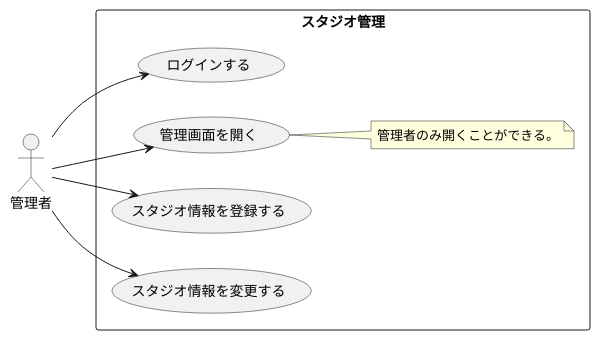
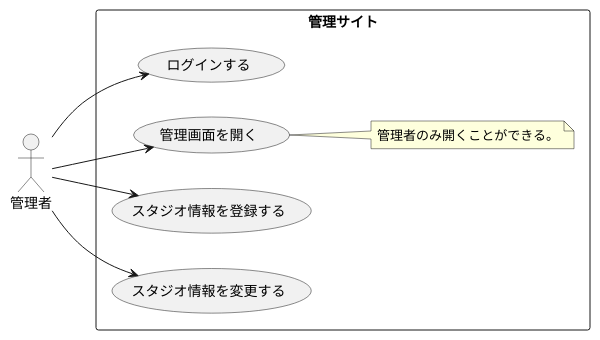
The diagram in modeling/05_Usecase_スタジオ管理.pu (TakashiOnawa/ddd-practice-studio-reservation), drawn with PlantUML before and after one commit. The commit also changed 9 other files, not shown here.

Commit message:
各種モデル図を更新。

```diff
--- a/modeling/05_Usecase_スタジオ管理.pu
+++ b/modeling/05_Usecase_スタジオ管理.pu
@@ -1,18 +1,18 @@
 @startuml Usecase
 
 left to right direction
 
 actor 管理者
 
-rectangle スタジオ管理 {
+rectangle 管理サイト {
     管理者 --> (ログインする)
     管理者 --> (管理画面を開く)
     管理者 --> (スタジオ情報を登録する)
     管理者 --> (スタジオ情報を変更する)
 
     note right of (管理画面を開く)
     管理者のみ開くことができる。
     end note
 }
 
 @enduml
```
